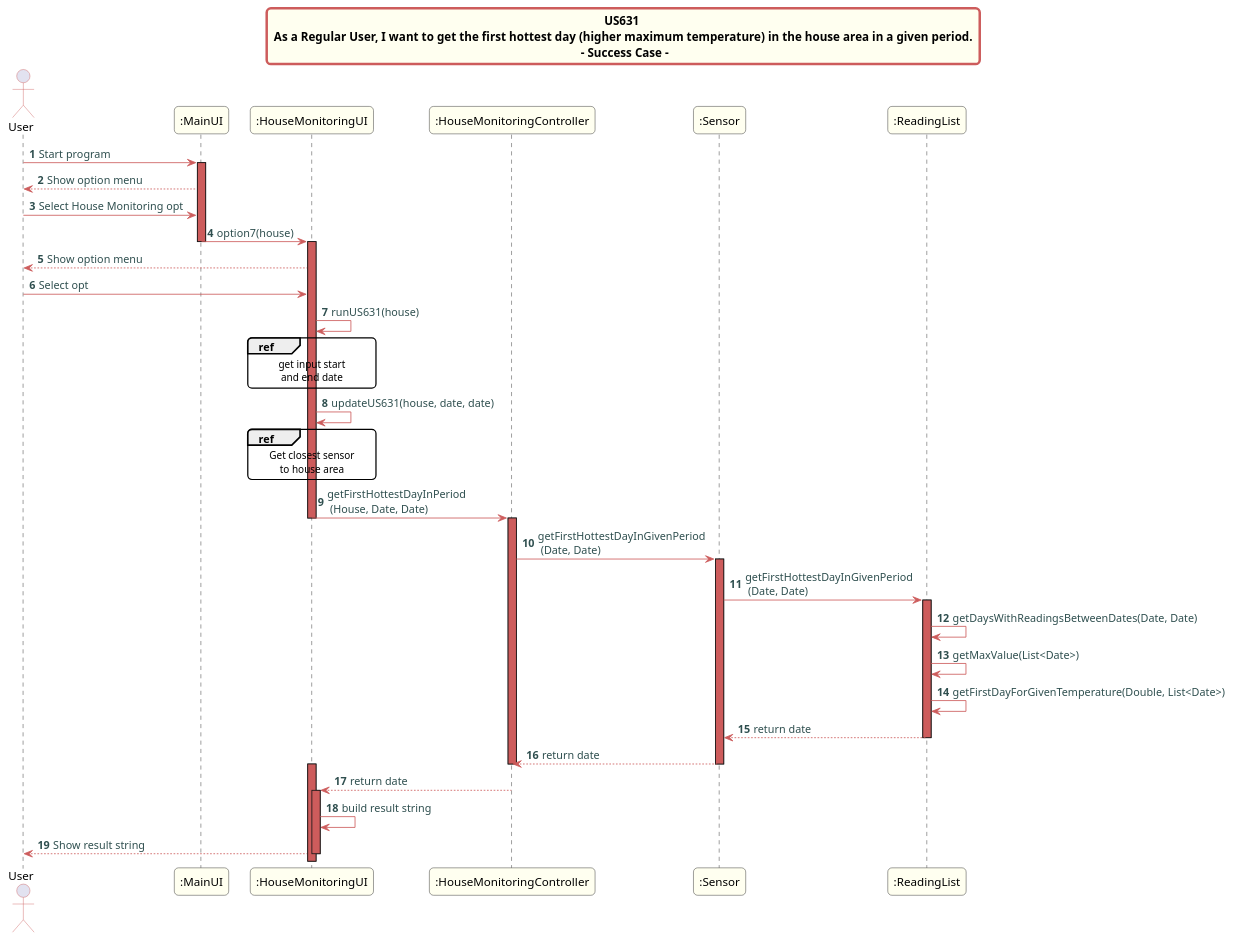
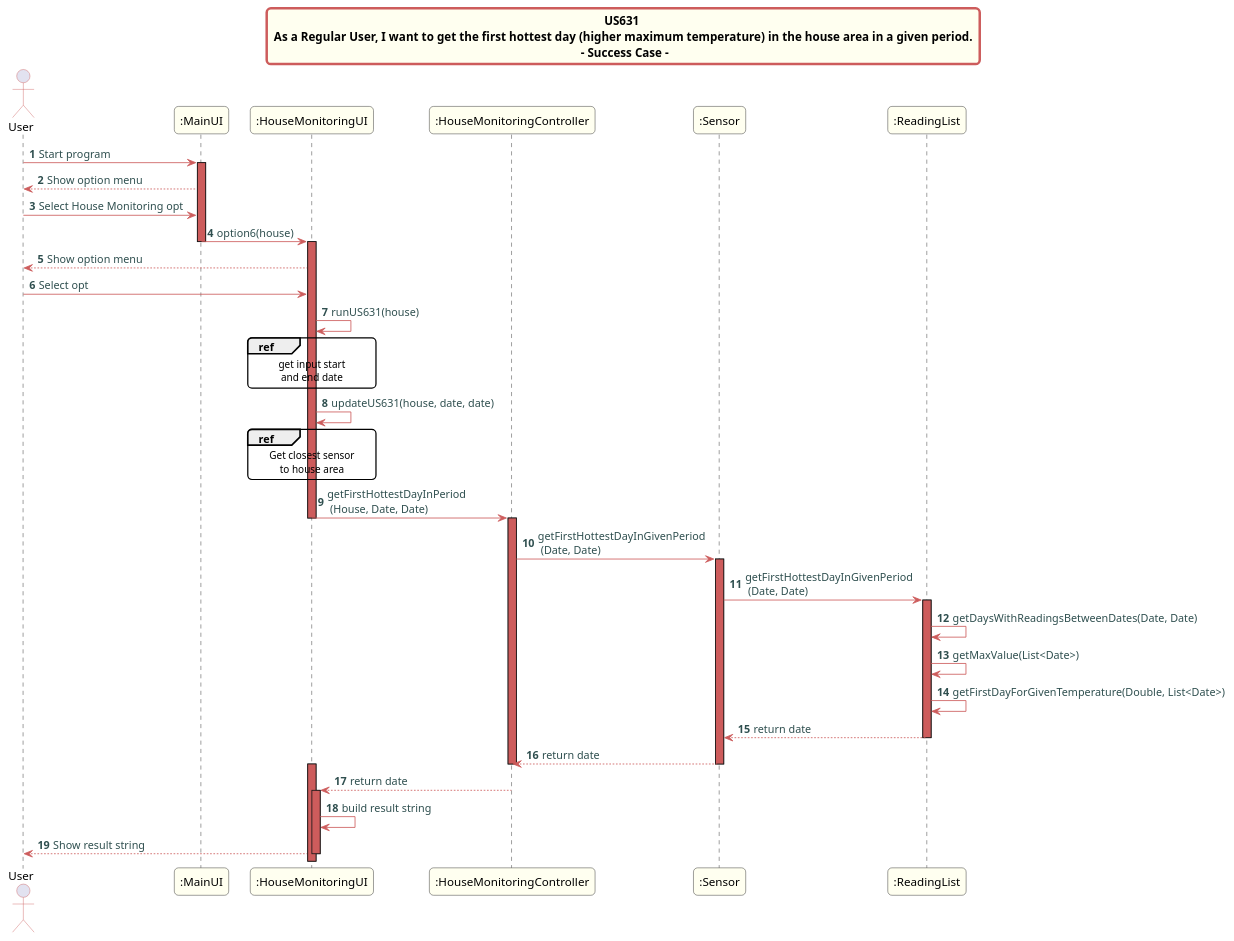
One commit to Almadanmp/project changed the diagram in src/doc/Controllers/HouseMonitoring/US631/US631_sd_HouseMonitoring.puml. Above: the diagram before and after it, drawn with PlantUML. The commit also changed 8 other files, not shown here.

```diff
--- a/src/doc/Controllers/HouseMonitoring/US631/US631_sd_HouseMonitoring.puml
+++ b/src/doc/Controllers/HouseMonitoring/US631/US631_sd_HouseMonitoring.puml
@@ -1,85 +1,85 @@
 @startuml
 skinparam titleBorderRoundCorner 10
 skinparam titleBorderThickness 3
 skinparam titleBorderColor indianred
 skinparam titleBackgroundColor ivory
 skinparam FontName quicksand
 
 skinparam actor {
   BorderColor indianred
   }
 
 skinparam sequence {
   LifeLineBackgroundColor indianred
   ParticipantBackgroundColor ivory
 }
 
 skinparam roundcorner 10
 
 skinparam component {
   arrowThickness 1
   ArrowFontName Verdana
   ArrowColor indianred
   ArrowFontColor darkslategrey
 }
 
 title US631 \n As a Regular User, I want to get the first hottest day (higher maximum temperature) in the house area in a given period. \n - Success Case -
 
 autonumber
 
 actor User
 
 User -> ":MainUI": Start program
 activate ":MainUI"
 
 ":MainUI" --> User: Show option menu
 User -> ":MainUI": Select House Monitoring opt
-":MainUI" -> ":HouseMonitoringUI": option7(house)
+":MainUI" -> ":HouseMonitoringUI": option6(house)
 deactivate ":MainUI"
 activate ":HouseMonitoringUI"
 ":HouseMonitoringUI" --> User: Show option menu
 User -> ":HouseMonitoringUI": Select opt
 ":HouseMonitoringUI" -> ":HouseMonitoringUI": runUS631(house)
 
 ref over ":HouseMonitoringUI"
 get input start
 and end date
 end ref
 
 ":HouseMonitoringUI" -> ":HouseMonitoringUI": updateUS631(house, date, date)
 ref over ":HouseMonitoringUI"
 Get closest sensor
 to house area
 end ref
 
 ":HouseMonitoringUI" -> ":HouseMonitoringController": getFirstHottestDayInPeriod\n (House, Date, Date)
 deactivate ":HouseMonitoringUI"
 activate ":HouseMonitoringController"
 ":HouseMonitoringController" -> ":Sensor": getFirstHottestDayInGivenPeriod\n (Date, Date)
 
 activate ":Sensor"
 
 ":Sensor" -> ":ReadingList": getFirstHottestDayInGivenPeriod\n (Date, Date)
 activate ":ReadingList"
 
 ":ReadingList"->":ReadingList": getDaysWithReadingsBetweenDates(Date, Date)
 ":ReadingList"->":ReadingList": getMaxValue(List<Date>)
 ":ReadingList"->":ReadingList": getFirstDayForGivenTemperature(Double, List<Date>)
 ":ReadingList" --> ":Sensor": return date
 deactivate ":ReadingList"
 ":Sensor" --> ":HouseMonitoringController": return date
 deactivate ":Sensor"
 deactivate ":HouseMonitoringController"
 activate ":HouseMonitoringUI"
 ":HouseMonitoringController" --> ":HouseMonitoringUI": return date
 deactivate ":HouseMonitoringController"
 activate ":HouseMonitoringUI"
 
 ":HouseMonitoringUI" -> ":HouseMonitoringUI": build result string
 
 ":HouseMonitoringUI" --> User: Show result string
 deactivate ":HouseMonitoringUI"
 
 deactivate ":MainUI"
 
 @enduml
```
